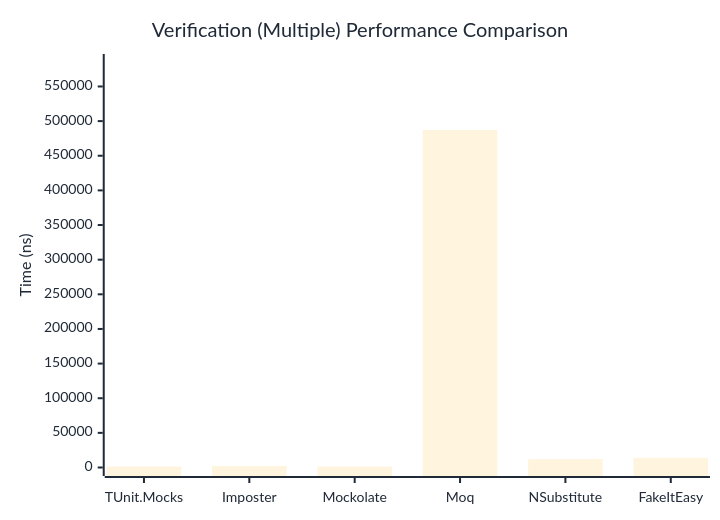
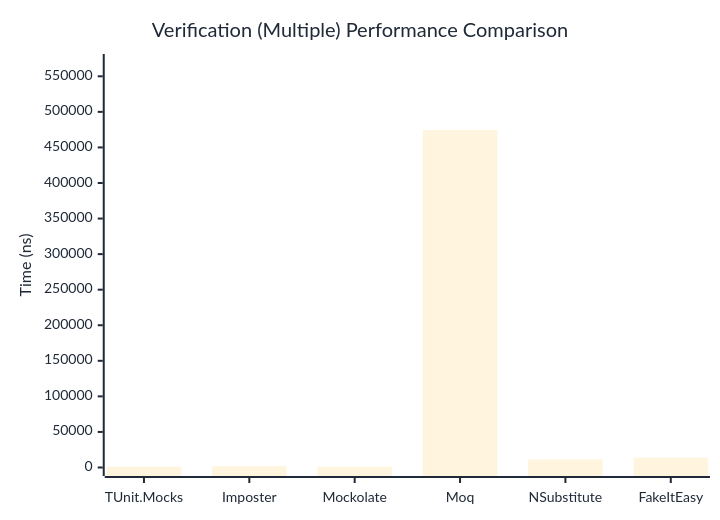
One commit to thomhurst/TUnit changed the third of 3 diagrams in docs/docs/benchmarks/mocks/Verification.md. Above: the diagram before and after it, drawn with Mermaid. The commit also changed other lines of this file and 14 other files, not shown here.

````diff
--- a/docs/docs/benchmarks/mocks/Verification.md
+++ b/docs/docs/benchmarks/mocks/Verification.md
@@ -112,27 +112,27 @@
 ```mermaid
 %%{init: {
   'theme':'base',
   'themeVariables': {
     'primaryColor': '#2563eb',
     'primaryTextColor': '#1f2937',
     'primaryBorderColor': '#1e40af',
     'lineColor': '#6b7280',
     'secondaryColor': '#7c3aed',
     'tertiaryColor': '#dc2626',
     'background': '#ffffff',
     'pie1': '#2563eb',
     'pie2': '#7c3aed',
     'pie3': '#dc2626',
     'pie4': '#f59e0b',
     'pie5': '#10b981',
     'pie6': '#06b6d4',
     'pie7': '#ec4899',
     'pie8': '#6366f1'
   }
 }}%%
 xychart-beta
   title "Verification (Multiple) Performance Comparison"
   x-axis ["TUnit.Mocks", "Imposter", "Mockolate", "Moq", "NSubstitute", "FakeItEasy"]
-  y-axis "Time (ns)" 0 --> 584607
-  bar [1343.92, 2020.39, 1237.95, 487172.37, 12124.97, 13977.86]
+  y-axis "Time (ns)" 0 --> 569404
+  bar [1273.18, 1778.5, 1145.24, 474502.72, 11302.78, 13828.99]
 ```
````
